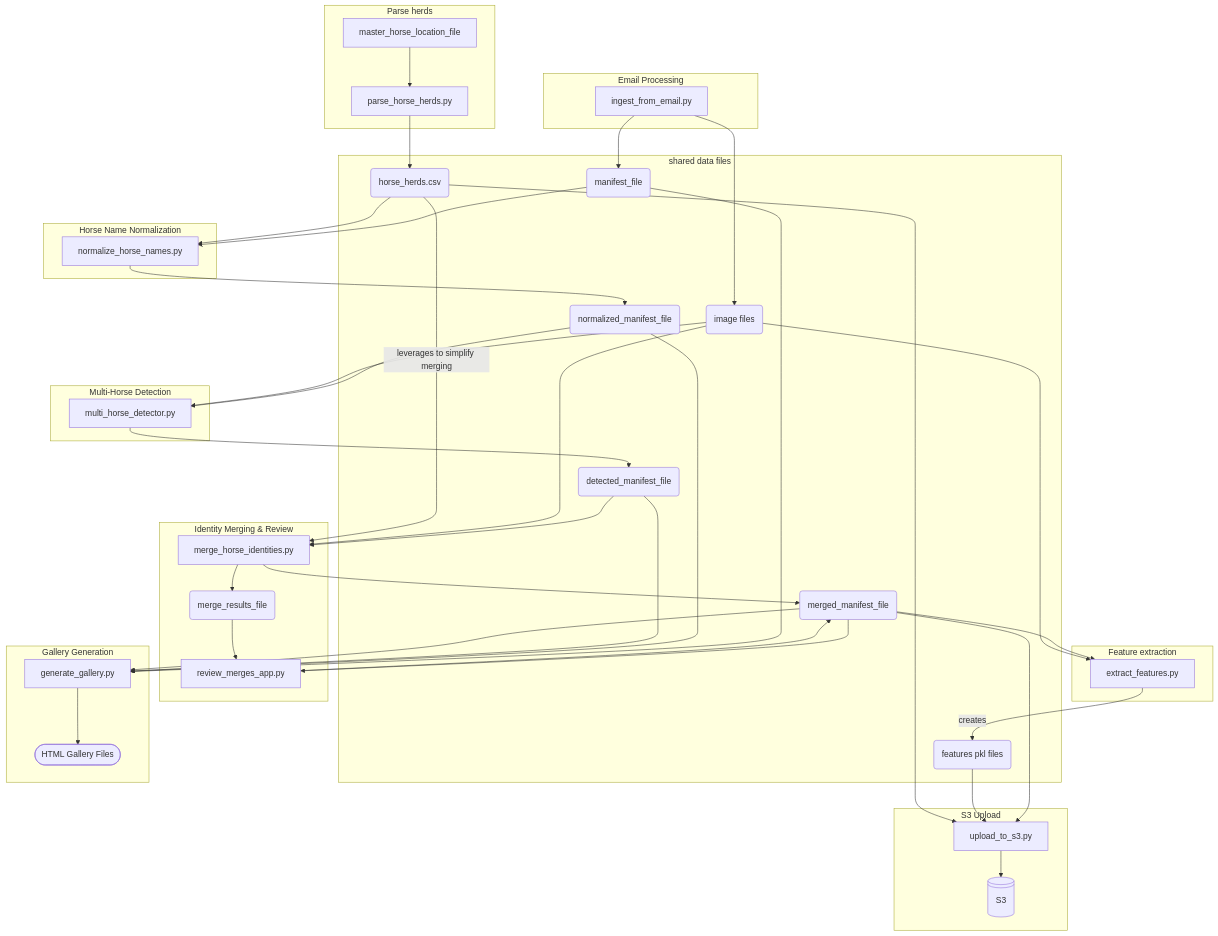
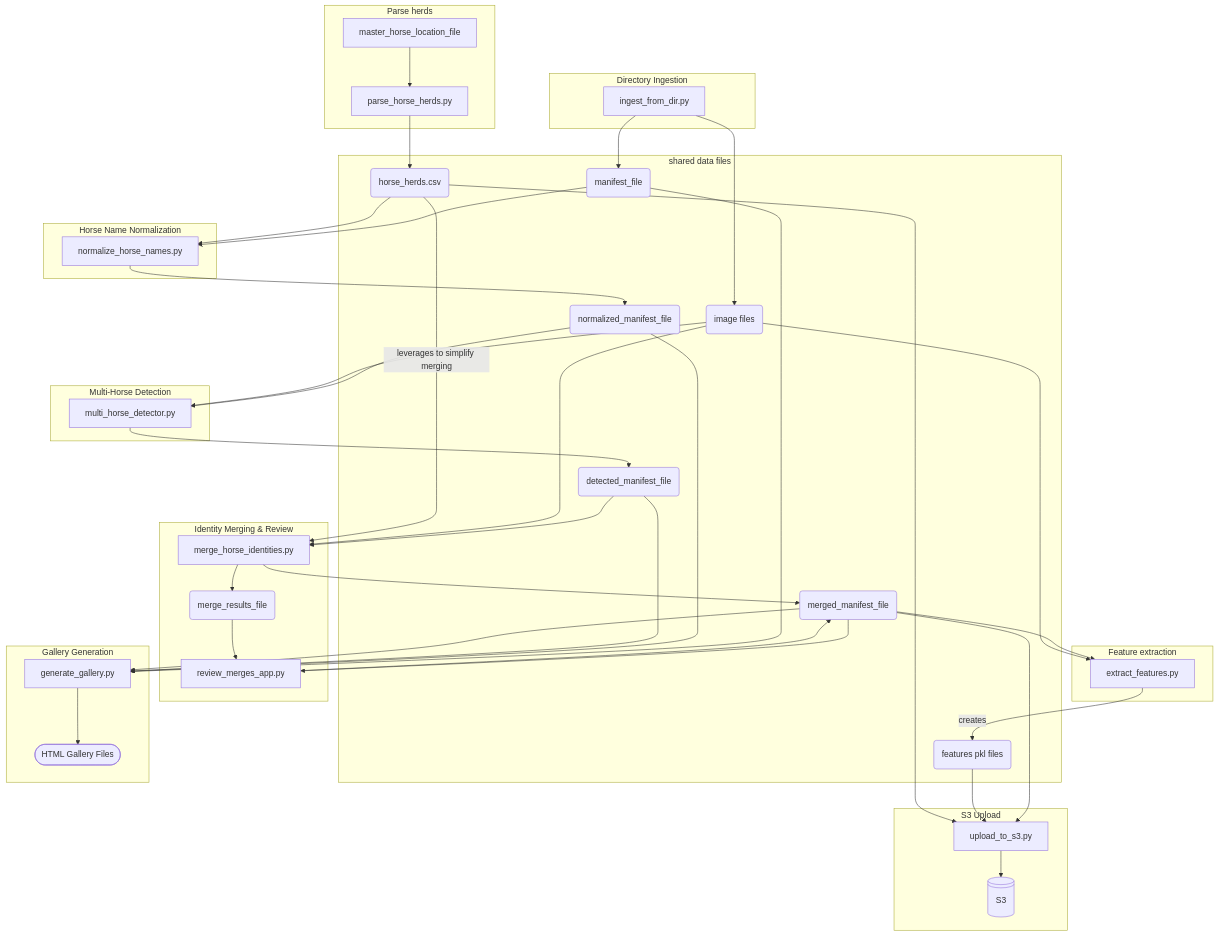
One commit to dlleigh/horse-id changed the second of 2 diagrams in README.md. Above: the diagram before and after it, drawn with Mermaid. The commit also changed other lines of this file and 1 other file, not shown here.

Commit message:
deprecate email injection

````diff
--- a/README.md
+++ b/README.md
@@ -284,70 +283,70 @@
 ```mermaid
 graph TD
 
     subgraph "shared data files"
         manifest_base("manifest_file")
         manifest_normalized("normalized_manifest_file")
         manifest_detected("detected_manifest_file")
         manifest_merged("merged_manifest_file")
         horse_herds("horse_herds.csv")
         features("features pkl files")
         images("image files")
     end
 
-    subgraph "Email Processing"
-        email_parser["ingest_from_email.py"] --> manifest_base
-        email_parser --> images
+    subgraph "Directory Ingestion"
+        dir_parser["ingest_from_dir.py"] --> manifest_base
+        dir_parser --> images
     end
 
     subgraph "Parse herds"
         master_horse_location_file --> parser["parse_horse_herds.py"]
         parser --> horse_herds
     end
 
     subgraph "Horse Name Normalization"
         manifest_base --> normalizer["normalize_horse_names.py"]
         horse_herds --> normalizer
         normalizer --> manifest_normalized
     end
 
     subgraph "Multi-Horse Detection"
         manifest_normalized --> detector["multi_horse_detector.py"]
         images --> detector
         detector --> manifest_detected
     end
 
     subgraph "Feature extraction"
         manifest_merged  --> extractor["extract_features.py"]
         images --> extractor
         extractor -- creates --> features
     end
 
     subgraph "Identity Merging & Review"
         manifest_detected --> merger["merge_horse_identities.py"]
         images --> merger
         merger --> manifest_merged
         merger --> merge_log("merge_results_file")
         manifest_merged --> reviewer["review_merges_app.py"]
         merge_log --> reviewer
         reviewer  --> manifest_merged
         horse_herds -- "leverages to simplify merging"--> merger
     end
 
     subgraph "Gallery Generation"
         manifest_base --> gallery_gen["generate_gallery.py"]
         manifest_normalized --> gallery_gen
         manifest_detected --> gallery_gen
         manifest_merged --> gallery_gen
         gallery_gen --> html_galleries([HTML Gallery Files])
     end
 
     subgraph "S3 Upload"
         manifest_merged --> uploader["upload_to_s3.py"]
         features --> uploader
         horse_herds --> uploader
         uploader --> S3
     end
 
     S3@{shape: disk}
 
 ```
````
